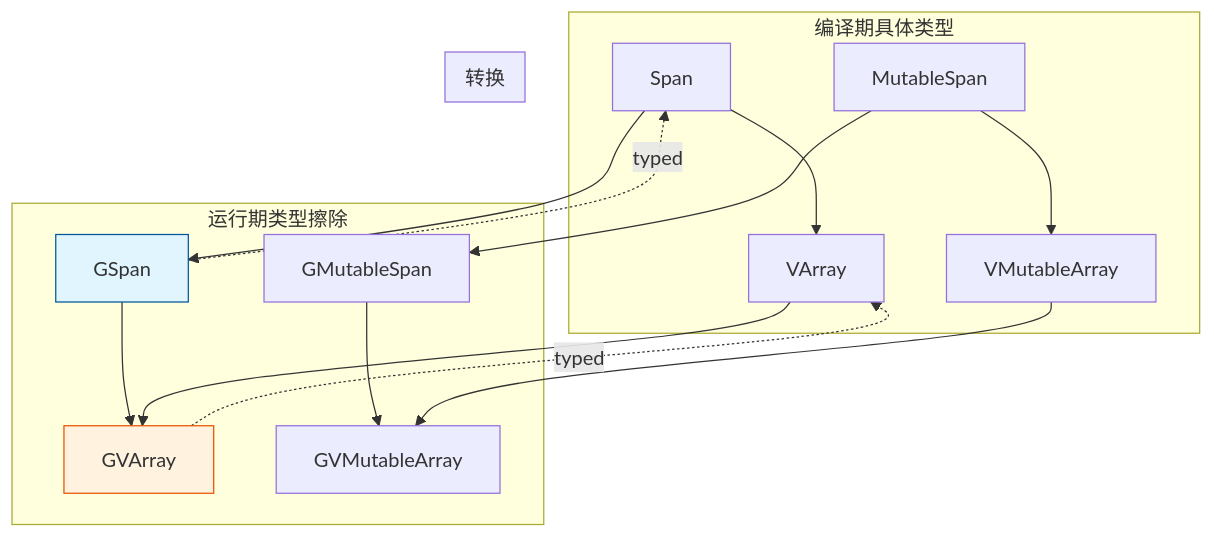
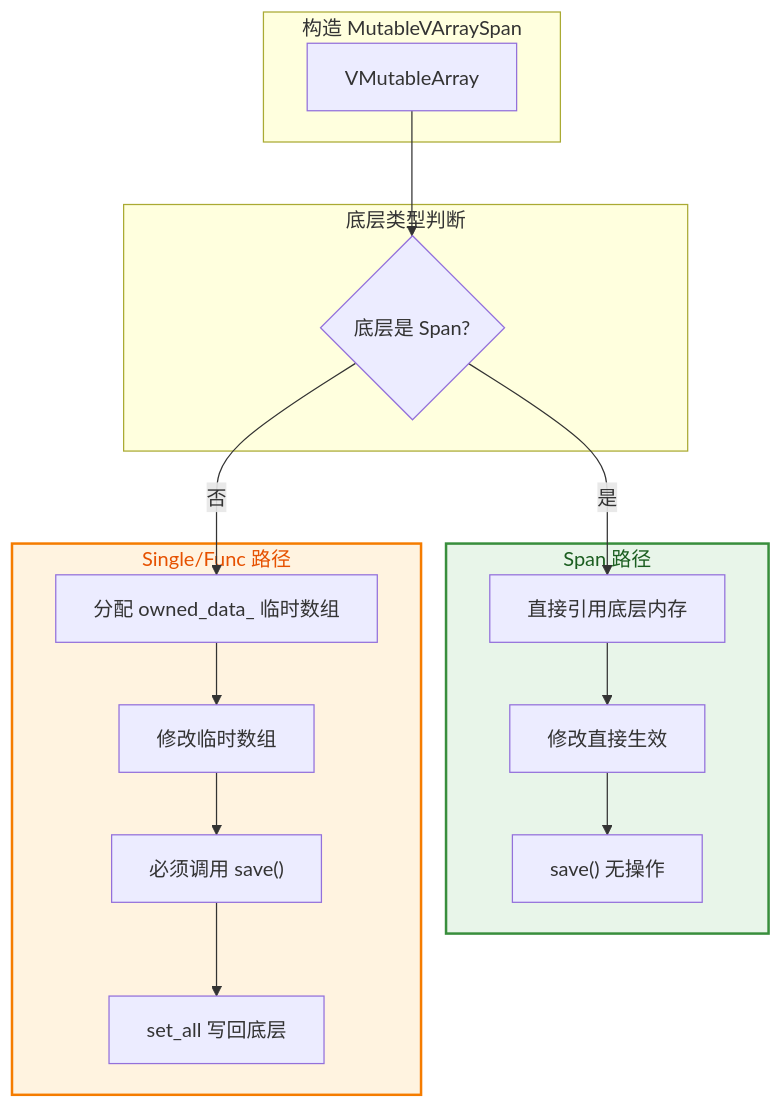
One commit to yunkezengren/blender-.vscode changed the sixth of 6 diagrams in 杂/markdown/学习节点/基础库/08_VArray_GVArray.md. Above: the diagram before and after it, drawn with Mermaid. The commit also changed other lines of this file and 1 other file, not shown here.

````diff
--- a/杂/markdown/学习节点/基础库/08_VArray_GVArray.md
+++ b/杂/markdown/学习节点/基础库/08_VArray_GVArray.md
@@ -436,24 +557,30 @@
 ```mermaid
 flowchart TB
-    subgraph 具体类型["编译期具体类型"]
-        A["Span<float3>"] --> B["VArray<float3>"]
-        C["MutableSpan<float3>"] --> D["VMutableArray<float3>"]
+    subgraph 修改前["构造 MutableVArraySpan"]
+        A["VMutableArray<float>"]
     end
-    
-    subgraph 类型擦除["运行期类型擦除"]
-        E["GSpan"] --> F["GVArray"]
-        G["GMutableSpan"] --> H["GVMutableArray"]
+
+    subgraph 分支["底层类型判断"]
+        B{"底层是 Span?"}
     end
-    
-    subgraph 转换["转换"]
-        A --> E
-        B --> F
-        C --> G
-        D --> H
-        E -.->|typed<float3>| A
-        F -.->|typed<float3>| B
+
+    subgraph Span路径["Span 路径"]
+        C["直接引用底层内存"]
+        C --> D["修改直接生效"]
+        D --> E["save() 无操作"]
     end
-    
-    style E fill:#e1f5fe,stroke:#01579b
-    style F fill:#fff3e0,stroke:#e65100
+
+    subgraph 非Span路径["Single/Func 路径"]
+        F["分配 owned_data_ 临时数组"]
+        F --> G["修改临时数组"]
+        G --> H["必须调用 save()"]
+        H --> I["set_all 写回底层"]
+    end
+
+    A --> B
+    B -->|是| C
+    B -->|否| F
+
+    style Span路径 fill:#e8f5e9,stroke:#388e3c,stroke-width:2px,color:#1b5e20
+    style 非Span路径 fill:#fff3e0,stroke:#f57c00,stroke-width:2px,color:#e65100
 ```
````
